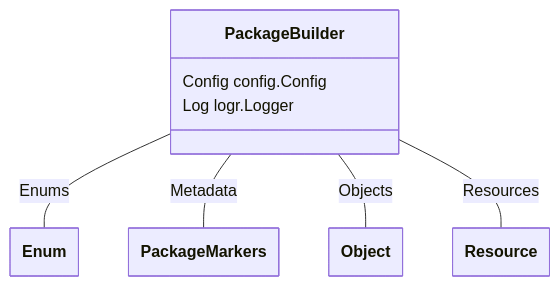
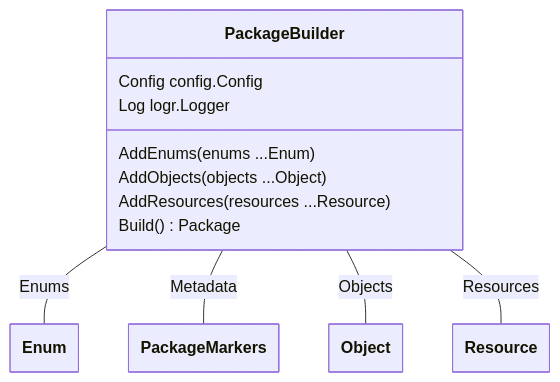
The ninth of 17 diagrams in docs/model/model.md (theunrepentantgeek/crddoc), drawn with Mermaid before and after one commit. The commit also changed other lines of this file and 8 other files, not shown here.

````diff
--- a/docs/model/model.md
+++ b/docs/model/model.md
@@ -331,27 +515,31 @@
 ```mermaid
 ---
   config:
     class:
       hideEmptyMembersBox: true
 ---
 classDiagram
 
 class PackageBuilder["PackageBuilder"]{  
       Config config.Config  
-      Log logr.Logger
+      Log logr.Logger  
+      AddEnums(enums ...Enum)  
+      AddObjects(objects ...Object)  
+      AddResources(resources ...Resource)  
+      Build()Package
 
 
 } 
 
 
 PackageBuilder -- Enum : Enums 
 PackageBuilder -- PackageMarkers : Metadata 
 PackageBuilder -- Object : Objects 
 PackageBuilder -- Resource : Resources 
 
 class Enum["Enum"]
 class PackageMarkers["PackageMarkers"]
 class Object["Object"]
 class Resource["Resource"]
 
 ```
````
